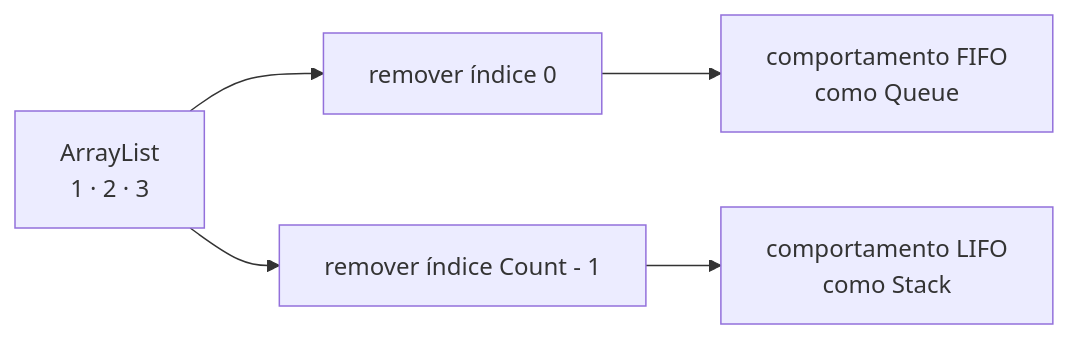
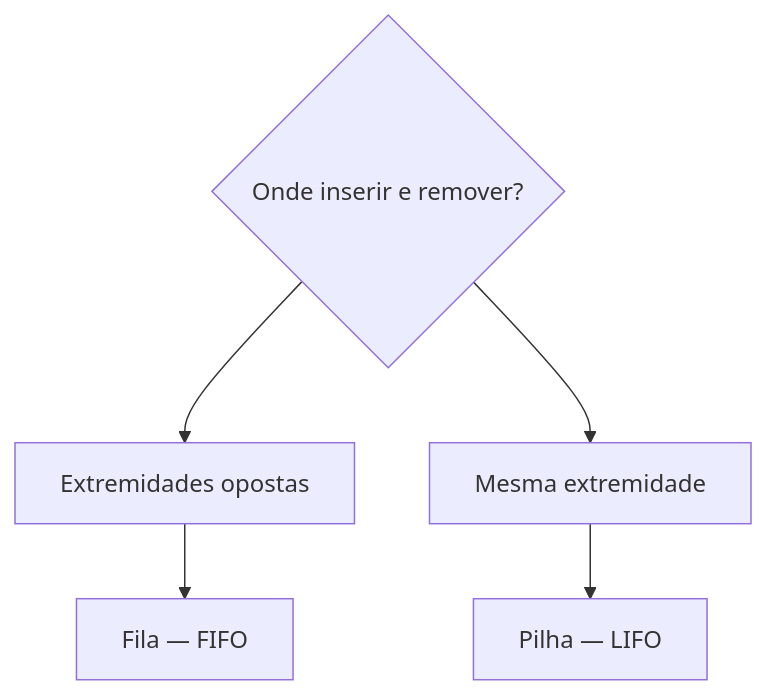
The second of 2 diagrams in 04. Algoritmos e Estruturas de Dados/01. ArrayList, referências e operações em coleções.md (leorruas/puc), drawn with Mermaid before and after one commit. The commit also changed other lines of this file, not shown here.

Commit message:
Generaliza simulação FIFO e LIFO em ArrayList

````diff
--- a/04. Algoritmos e Estruturas de Dados/01. ArrayList, referências e operações em coleções.md
+++ b/04. Algoritmos e Estruturas de Dados/01. ArrayList, referências e operações em coleções.md
@@ -275,11 +300,11 @@
 ```mermaid
-flowchart LR
-    A["ArrayList<br>1 · 2 · 3"]:::core
-    FIFO["remover índice 0"]:::data
-    LIFO["remover índice Count - 1"]:::data
-    Queue["comportamento FIFO<br>como Queue"]:::component
-    Stack["comportamento LIFO<br>como Stack"]:::component
+flowchart TD
+    Inicio{"Onde inserir e remover?"}:::core
+    Opostos["Extremidades opostas"]:::data
+    Mesma["Mesma extremidade"]:::data
+    FIFO["Fila — FIFO"]:::component
+    LIFO["Pilha — LIFO"]:::component
 
-    A --> FIFO --> Queue
-    A --> LIFO --> Stack
+    Inicio --> Opostos --> FIFO
+    Inicio --> Mesma --> LIFO
 ```
````
